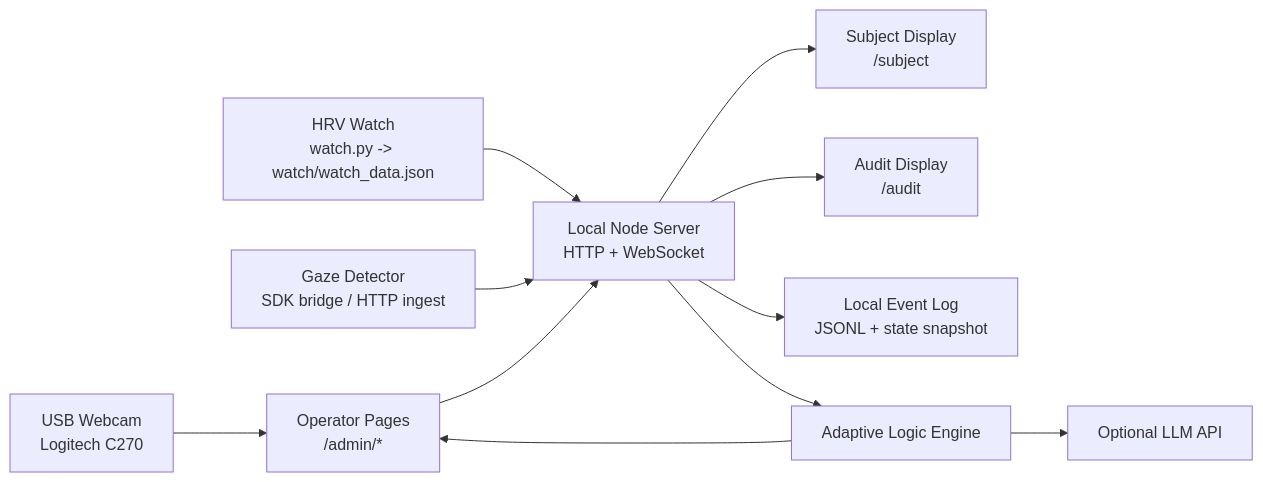
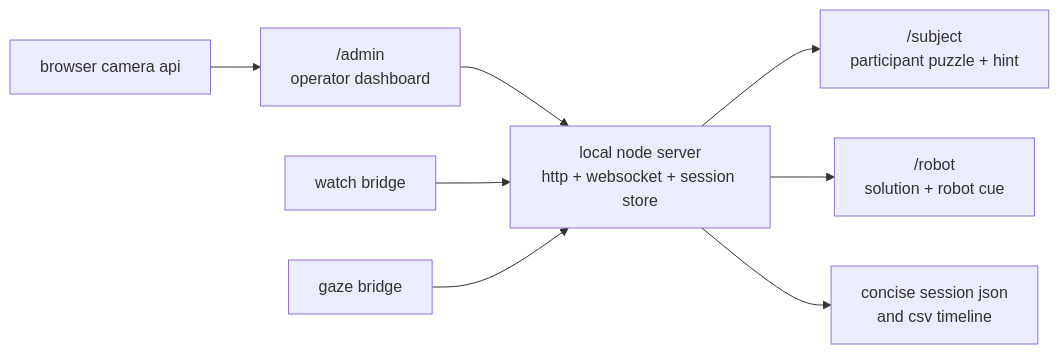
Before and after one commit to shrijacked/wizard-of-oz-control-app: the first of 3 diagrams in docs/architecture.md, drawn with Mermaid. The commit also changed other lines of this file and 3 other files, not shown here.

Commit message:
Rewrite the study runbook for the simplified flow

````diff
--- a/docs/architecture.md
+++ b/docs/architecture.md
@@ -16,13 +7,10 @@
 ```mermaid
 flowchart LR
-    webcam["USB Webcam<br/>Logitech C270"] --> admin["Operator Pages<br/>/admin/*"]
-    watch["HRV Watch<br/>watch.py -> watch/watch_data.json"] --> server["Local Node Server<br/>HTTP + WebSocket"]
-    gaze["Gaze Detector<br/>SDK bridge / HTTP ingest"] --> server
-    admin --> server
-    server --> subject["Subject Display<br/>/subject"]
-    server --> audit["Audit Display<br/>/audit"]
-    server --> logs["Local Event Log<br/>JSONL + state snapshot"]
-    server --> adaptive["Adaptive Logic Engine"]
-    adaptive --> admin
-    adaptive --> llm["Optional LLM API"]
+    admin["/admin<br/>operator dashboard"] --> server["local node server<br/>http + websocket + session store"]
+    server --> subject["/subject<br/>participant puzzle + hint"]
+    server --> robot["/robot<br/>solution + robot cue"]
+    watch["watch bridge"] --> server
+    gaze["gaze bridge"] --> server
+    camera["browser camera api"] --> admin
+    server --> export["concise session json<br/>and csv timeline"]
 ```
````
